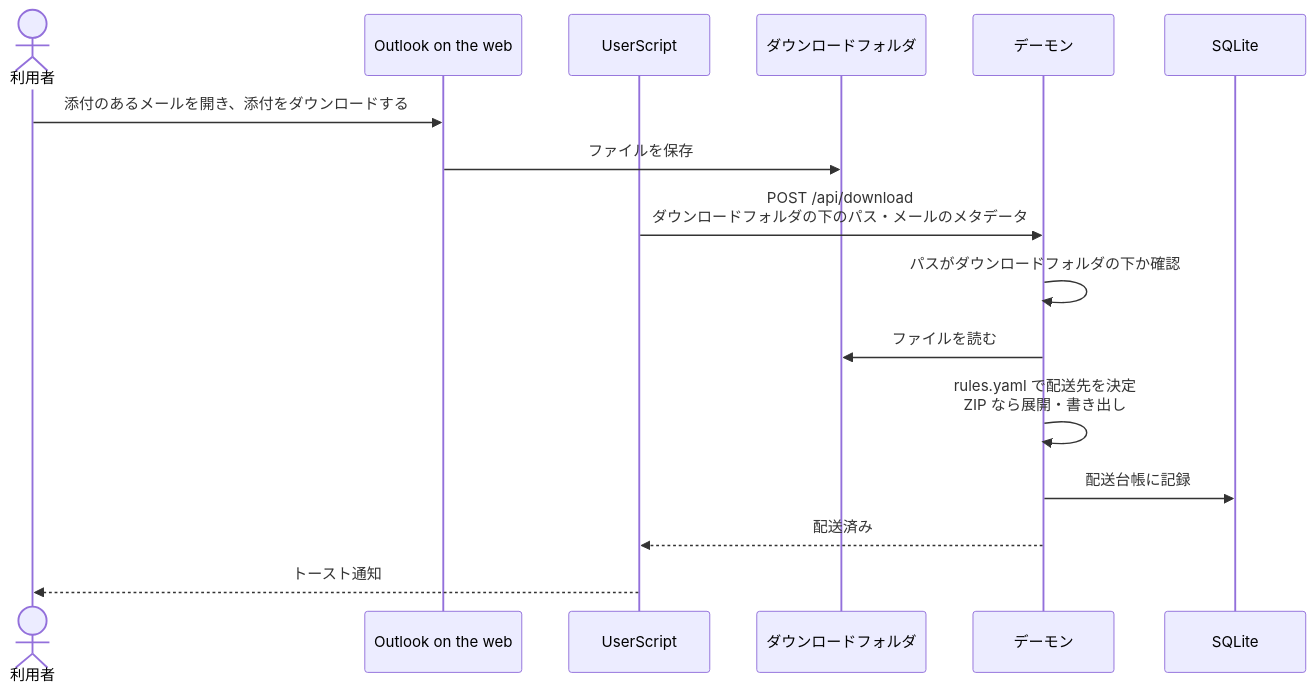
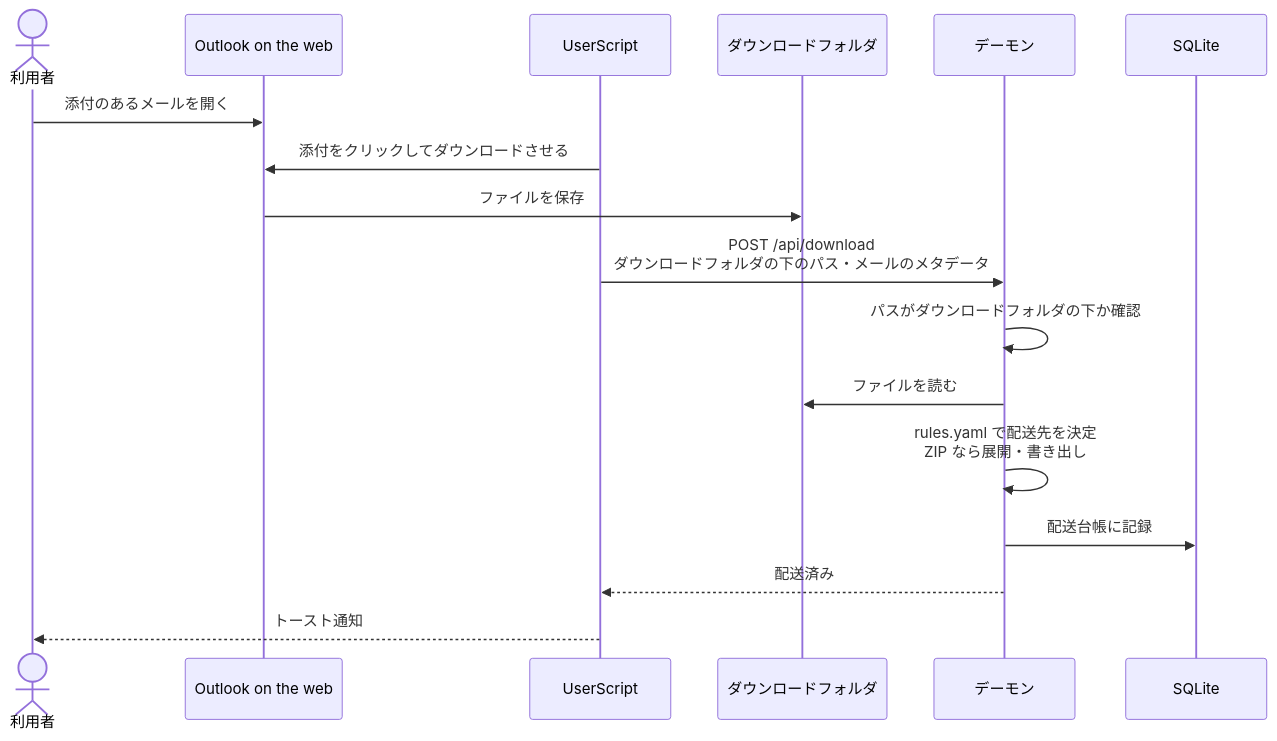
One commit to ShortArrow/ppapd changed the second of 5 diagrams in docs/ARCHITECTURE.md. Above: the diagram before and after it, drawn with Mermaid. The commit also changed other lines of this file and 3 other files, not shown here.

````diff
--- a/docs/ARCHITECTURE.md
+++ b/docs/ARCHITECTURE.md
@@ -43,19 +43,20 @@
 ```mermaid
 sequenceDiagram
     actor U as 利用者
     participant OWA as Outlook on the web
     participant US as UserScript
     participant DL as ダウンロードフォルダ
     participant D as デーモン
     participant DB as SQLite
 
-    U->>OWA: 添付のあるメールを開き、添付をダウンロードする
+    U->>OWA: 添付のあるメールを開く
+    US->>OWA: 添付をクリックしてダウンロードさせる
     OWA->>DL: ファイルを保存
     US->>D: POST /api/download<br/>ダウンロードフォルダの下のパス・メールのメタデータ
     D->>D: パスがダウンロードフォルダの下か確認
     D->>DL: ファイルを読む
     D->>D: rules.yaml で配送先を決定<br/>ZIP なら展開・書き出し
     D->>DB: 配送台帳に記録
     D-->>US: 配送済み
     US-->>U: トースト通知
 ```
````
